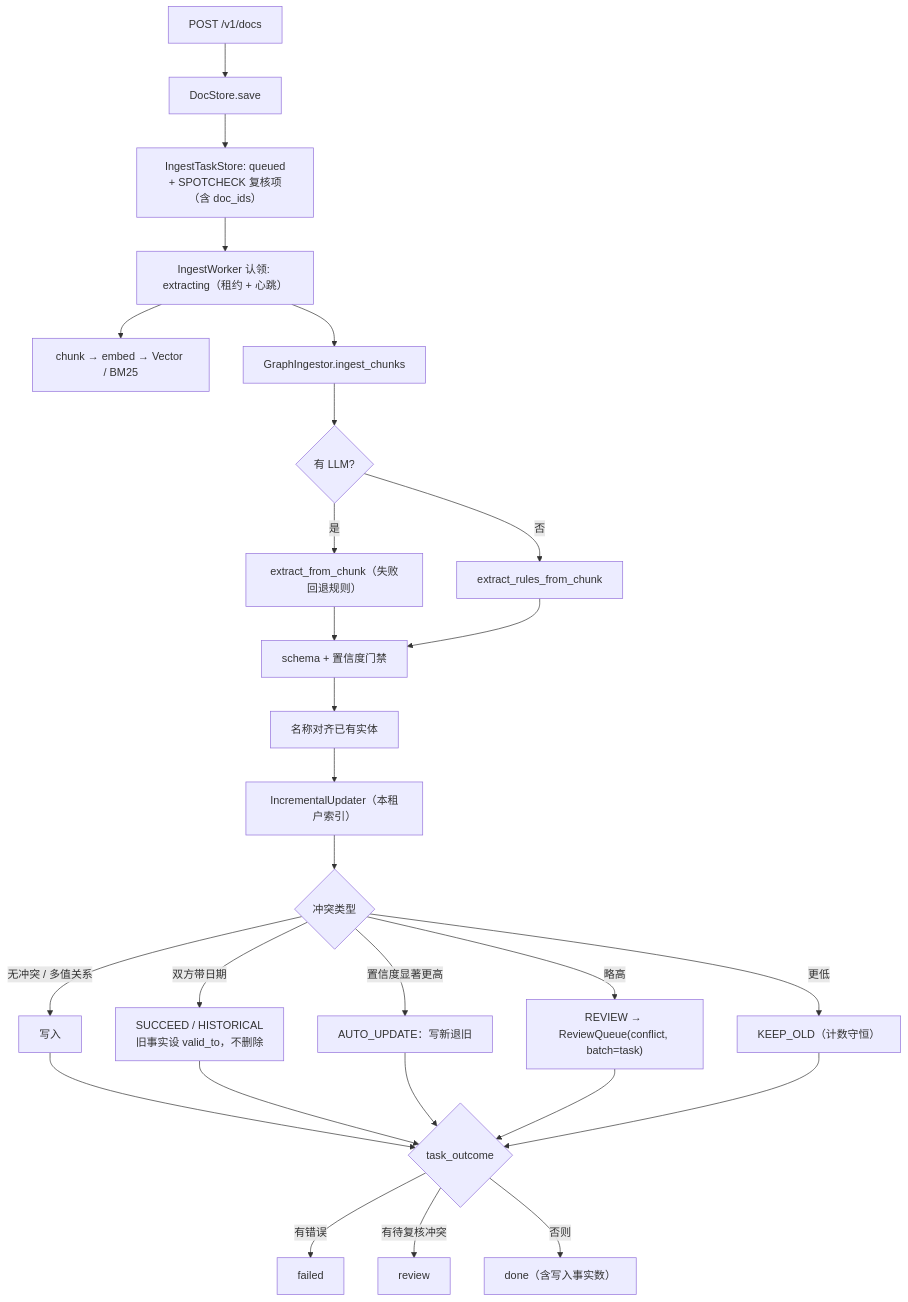
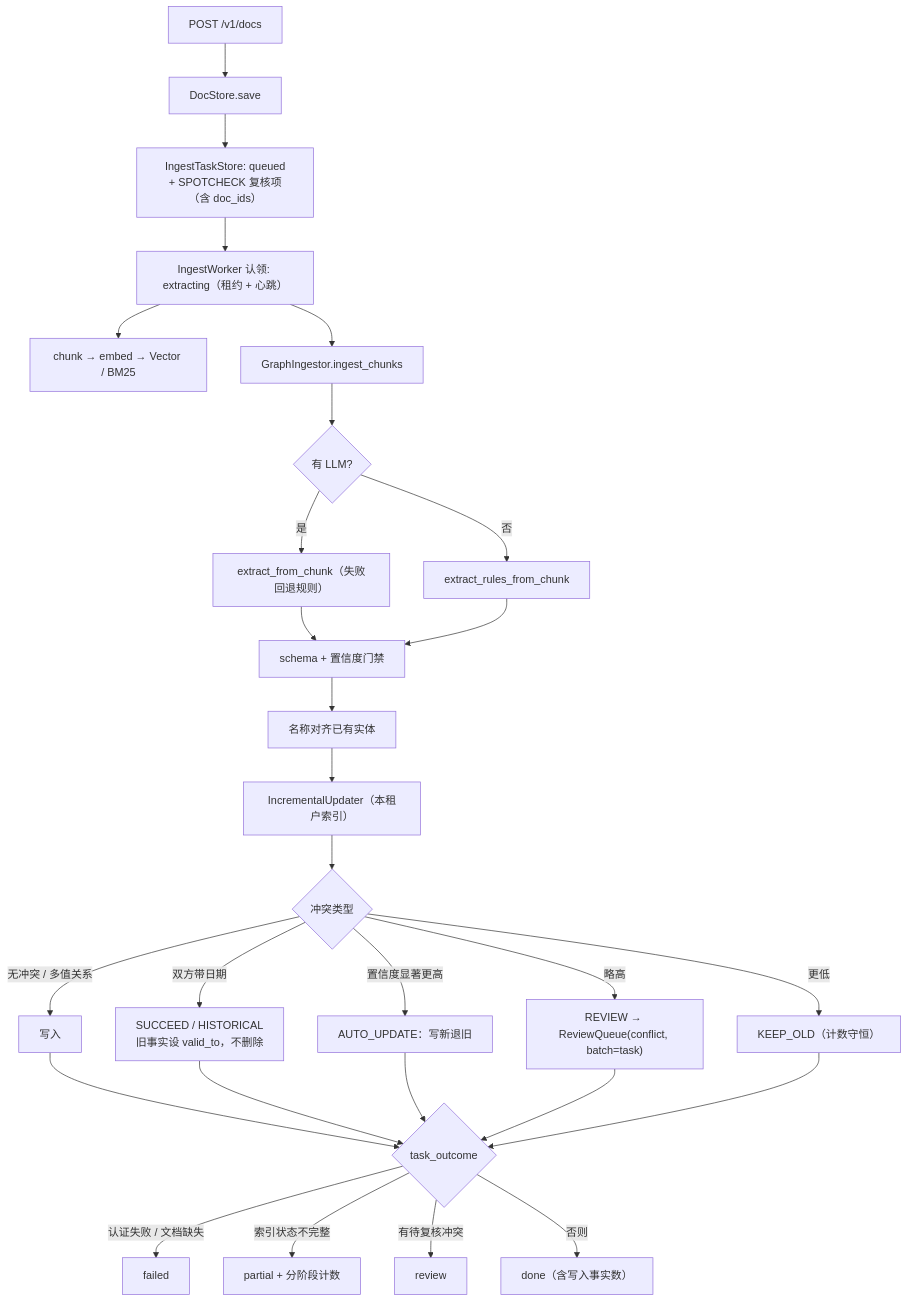
Before and after one commit to RightCloudhub/AG: the third of 5 diagrams in docs/design/BUSINESS_LOGIC.md, drawn with Mermaid. The commit also changed other lines of this file and 54 other files, not shown here.

````diff
--- a/docs/design/BUSINESS_LOGIC.md
+++ b/docs/design/BUSINESS_LOGIC.md
@@ -138,27 +138,28 @@
 ```mermaid
 flowchart TB
     A1["POST /v1/docs"] --> A2["DocStore.save"] --> A3["IngestTaskStore: queued<br/>+ SPOTCHECK 复核项（含 doc_ids）"]
     A3 --> A4["IngestWorker 认领: extracting（租约 + 心跳）"]
     A4 --> A5["chunk → embed → Vector / BM25"]
     A4 --> A6["GraphIngestor.ingest_chunks"]
     A6 --> A7{"有 LLM?"}
     A7 -->|"是"| A8["extract_from_chunk（失败回退规则）"]
     A7 -->|"否"| A9["extract_rules_from_chunk"]
     A8 --> A10["schema + 置信度门禁"]
     A9 --> A10
     A10 --> A11["名称对齐已有实体"] --> A12["IncrementalUpdater（本租户索引）"]
     A12 --> A13{"冲突类型"}
     A13 -->|"无冲突 / 多值关系"| W["写入"]
     A13 -->|"双方带日期"| T["SUCCEED / HISTORICAL<br/>旧事实设 valid_to，不删除"]
     A13 -->|"置信度显著更高"| AU["AUTO_UPDATE：写新退旧"]
     A13 -->|"略高"| RV["REVIEW → ReviewQueue(conflict, batch=task)"]
     A13 -->|"更低"| KO["KEEP_OLD（计数守恒）"]
     W --> OUT{"task_outcome"}
     T --> OUT
     AU --> OUT
     RV --> OUT
     KO --> OUT
-    OUT -->|"有错误"| F["failed"]
+    OUT -->|"认证失败 / 文档缺失"| F["failed"]
+    OUT -->|"索引状态不完整"| P["partial + 分阶段计数"]
     OUT -->|"有待复核冲突"| R["review"]
     OUT -->|"否则"| D["done（含写入事实数）"]
 ```
````
